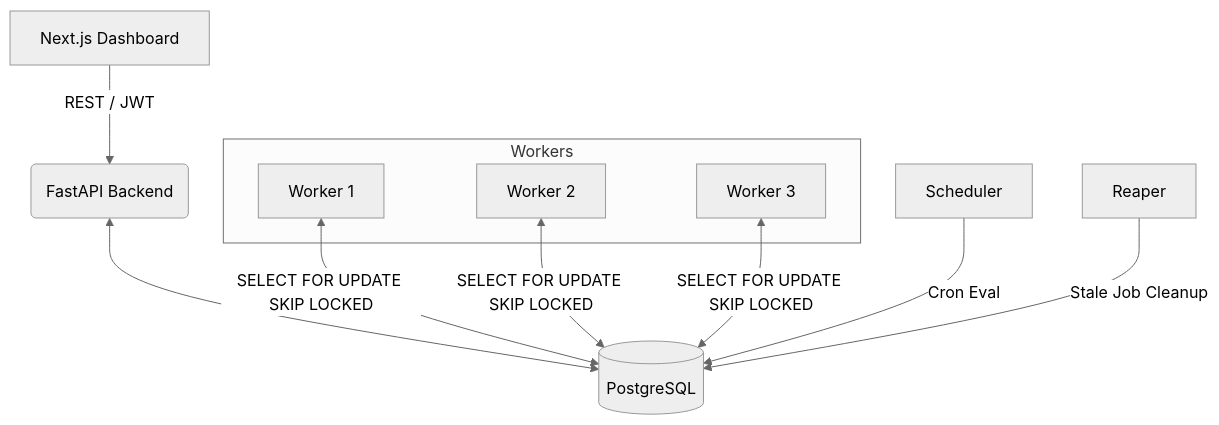
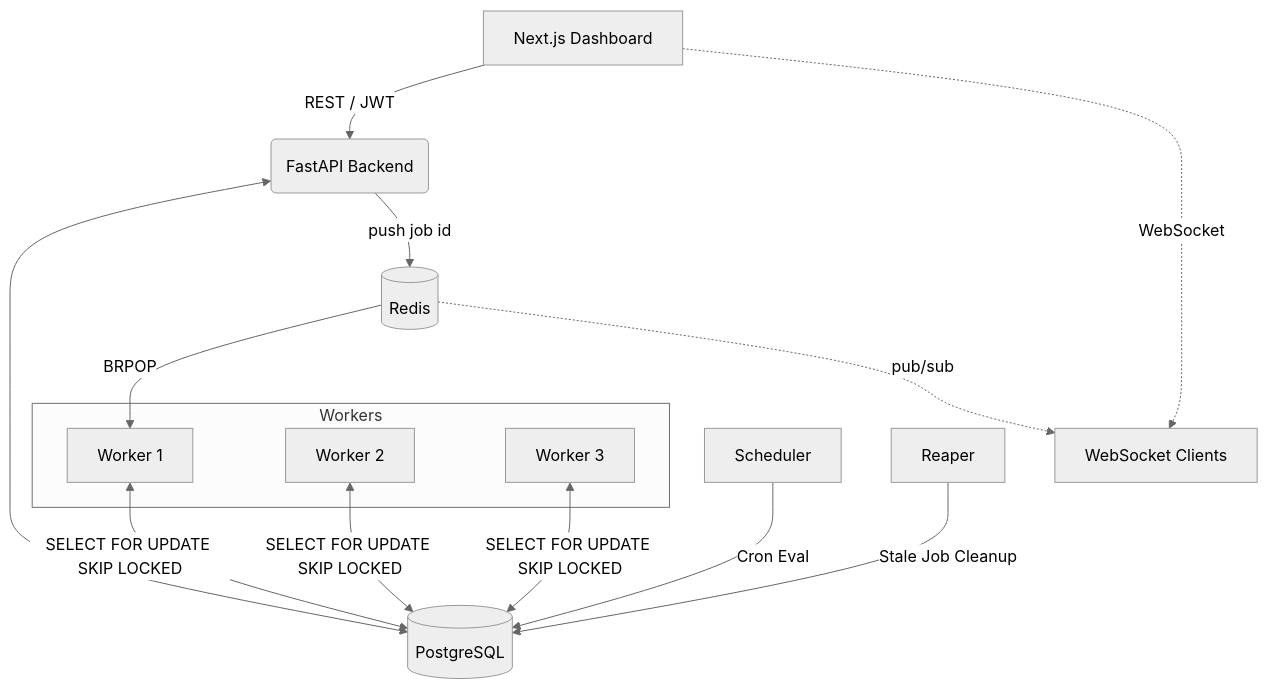
One commit to poojitha-galam/Distributed-job-scheduler changed the diagram in docs/ARCHITECTURE.md. Above: the diagram before and after it, drawn with Mermaid (neutral theme). The commit also changed other lines of this file and 9 other files, not shown here.

````diff
--- a/docs/ARCHITECTURE.md
+++ b/docs/ARCHITECTURE.md
@@ -7,17 +9,21 @@
 ```mermaid
 flowchart TD
     UI[Next.js Dashboard] -->|REST / JWT| API(FastAPI Backend)
     API <--> DB[(PostgreSQL)]
-    
+    API -->|push job id| R[(Redis)]
+    R -->|BRPOP| W1
+    R -.pub/sub.-> WS[WebSocket Clients]
+    UI -.WebSocket.-> WS
+
     subgraph Workers
         W1[Worker 1]
         W2[Worker 2]
         W3[Worker 3]
     end
     W1 <-->|SELECT FOR UPDATE SKIP LOCKED| DB
     W2 <-->|SELECT FOR UPDATE SKIP LOCKED| DB
     W3 <-->|SELECT FOR UPDATE SKIP LOCKED| DB
-    
+
     Sched[Scheduler] -->|Cron Eval| DB
     Reaper[Reaper] -->|Stale Job Cleanup| DB
 ```
````
